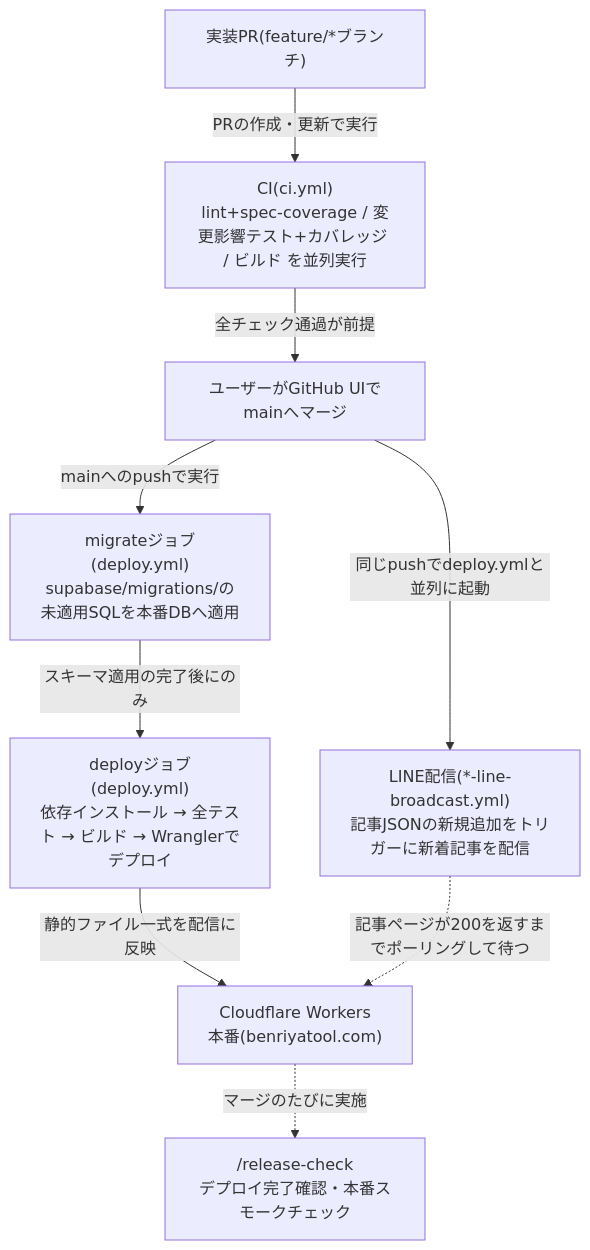
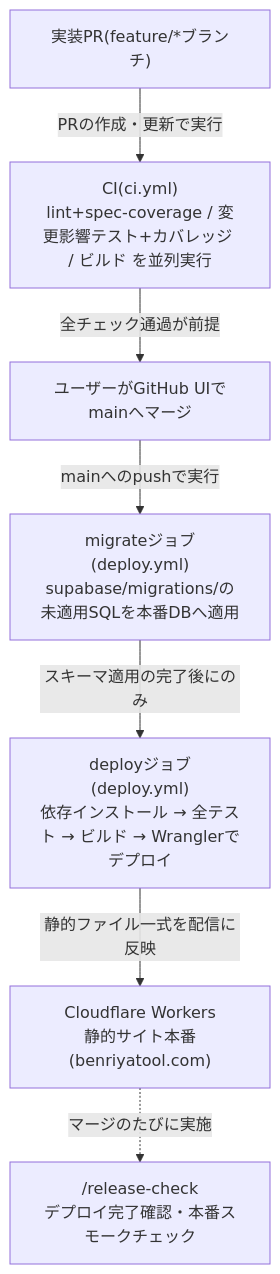
The diagram in docs/architecture/deployment.md (zakiyama0108/benriyatool), drawn with Mermaid before and after one commit. The commit also changed other lines of this file and 18 other files, not shown here.

````diff
--- a/docs/architecture/deployment.md
+++ b/docs/architecture/deployment.md
@@ -5,20 +5,17 @@
 ```mermaid
 flowchart TD
     pr["実装PR(feature/*ブランチ)"]
     ci["CI(ci.yml)<br>lint+spec-coverage / 変更影響テスト+カバレッジ / ビルド を並列実行"]
     merge["ユーザーがGitHub UIでmainへマージ"]
     migrate["migrateジョブ(deploy.yml)<br>supabase/migrations/の未適用SQLを本番DBへ適用"]
     deploy["deployジョブ(deploy.yml)<br>依存インストール → 全テスト → ビルド → Wranglerでデプロイ"]
-    prod["Cloudflare Workers<br>本番(benriyatool.com)"]
+    prod["Cloudflare Workers<br>静的サイト本番(benriyatool.com)"]
     check["/release-check<br>デプロイ完了確認・本番スモークチェック"]
-    broadcast["LINE配信(*-line-broadcast.yml)<br>記事JSONの新規追加をトリガーに新着記事を配信"]
 
     pr -->|PRの作成・更新で実行| ci
     ci -->|全チェック通過が前提| merge
     merge -->|mainへのpushで実行| migrate
     migrate -->|スキーマ適用の完了後にのみ| deploy
     deploy -->|静的ファイル一式を配信に反映| prod
     prod -.->|マージのたびに実施| check
-    merge -->|同じpushでdeploy.ymlと並列に起動| broadcast
-    broadcast -.->|記事ページが200を返すまでポーリングして待つ| prod
 ```
````
